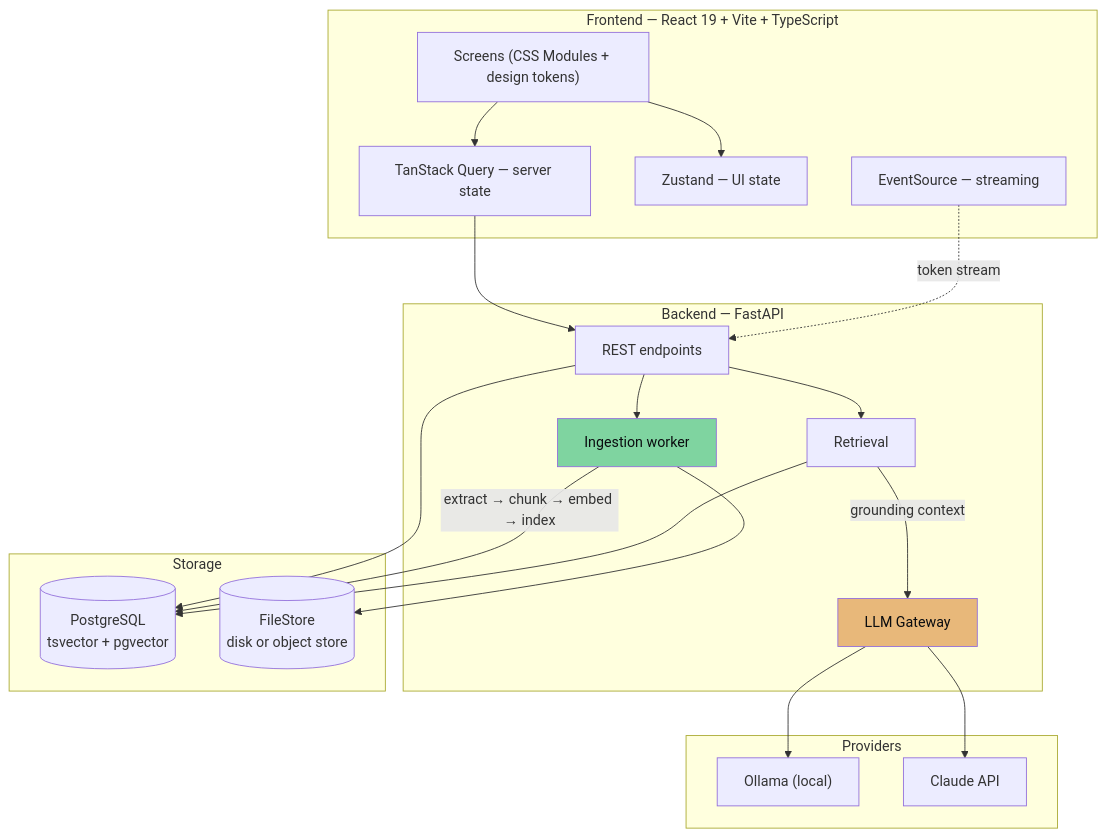
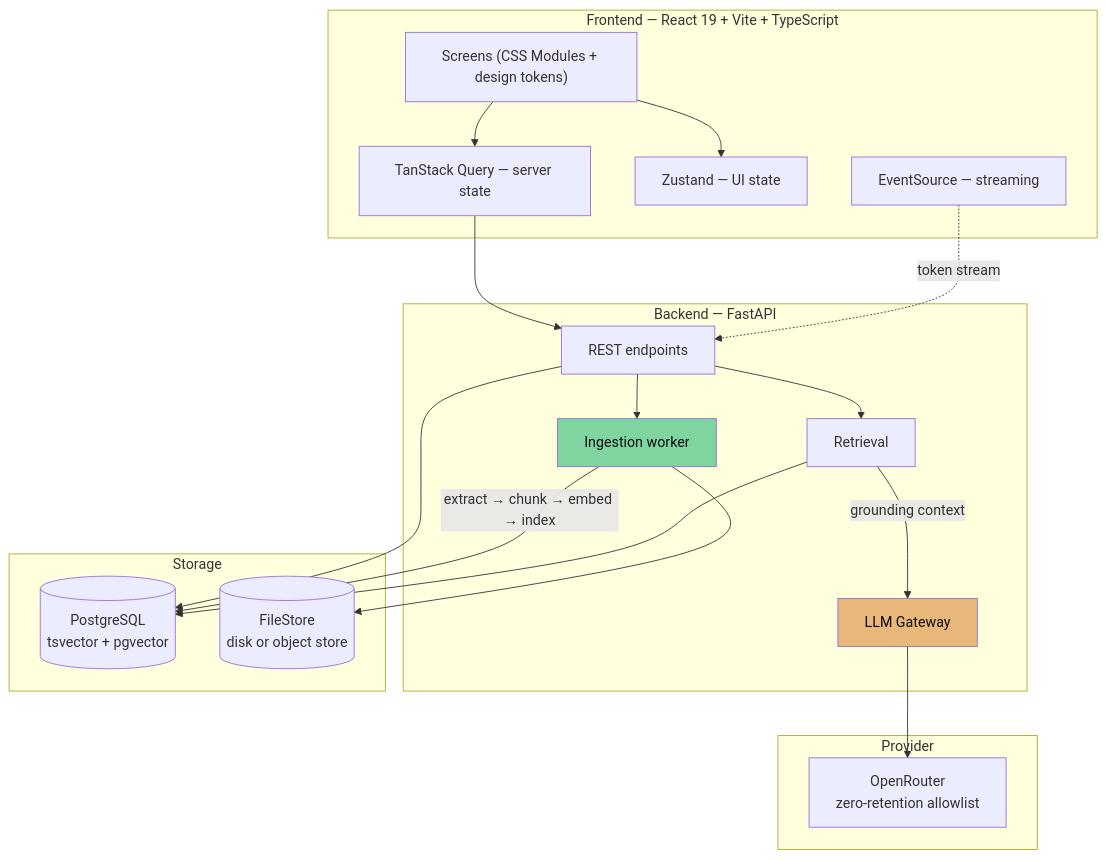
Before and after one commit to PiotrMieszczak/Quillbert: the first of 4 diagrams in docs/architecture.md, drawn with Mermaid. The commit also changed other lines of this file and 13 other files, not shown here.

First line of the commit message:
docs: hosted-first MVP and OpenRouter provider (#32)

````diff
--- a/docs/architecture.md
+++ b/docs/architecture.md
@@ -9,43 +9,41 @@
 ```mermaid
 flowchart TB
     subgraph FE["Frontend — React 19 + Vite + TypeScript"]
         UI["Screens (CSS Modules + design tokens)"]
         RQ["TanStack Query — server state"]
         ZS["Zustand — UI state"]
         SSE["EventSource — streaming"]
     end
 
     subgraph BE["Backend — FastAPI"]
         API["REST endpoints"]
         ING["Ingestion worker"]
         RET["Retrieval"]
         GW["LLM Gateway"]
     end
 
-    subgraph EXT["Providers"]
-        OL["Ollama (local)"]
-        CL["Claude API"]
+    subgraph EXT["Provider"]
+        OR["OpenRouter<br/>zero-retention allowlist"]
     end
 
     subgraph DATA["Storage"]
         DB[("PostgreSQL<br/>tsvector + pgvector")]
         FS[("FileStore<br/>disk or object store")]
     end
 
     UI --> RQ --> API
     UI --> ZS
     SSE -.->|"token stream"| API
 
     API --> DB
     API --> ING
     ING -->|"extract → chunk → embed → index"| DB
     ING --> FS
 
     API --> RET --> DB
     RET -->|"grounding context"| GW
-    GW --> OL
-    GW --> CL
+    GW --> OR
 
     style ING fill:#7FD4A0,color:#0A0C0F
     style GW fill:#E8B87A,color:#0A0C0F
 ```
````
